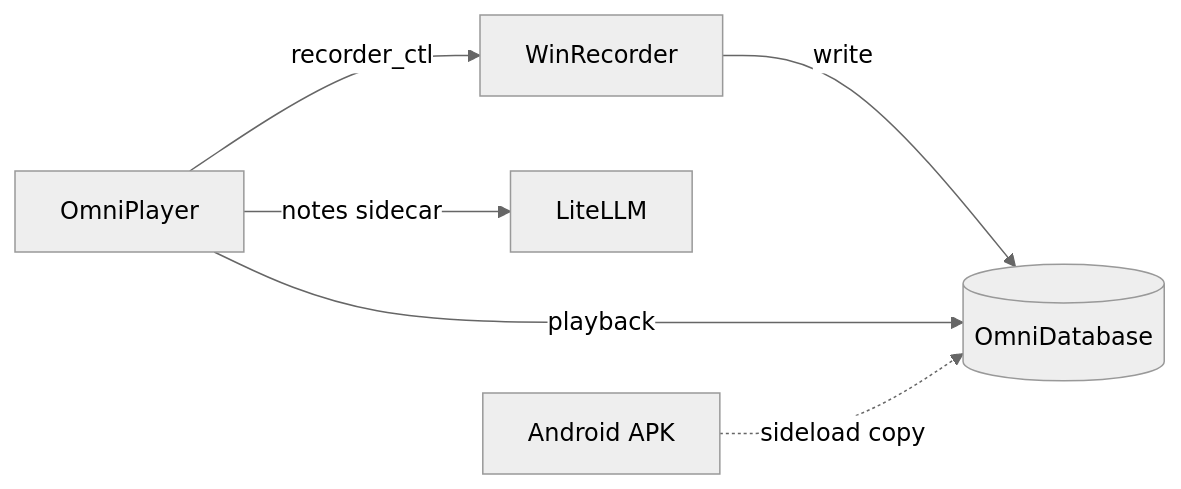
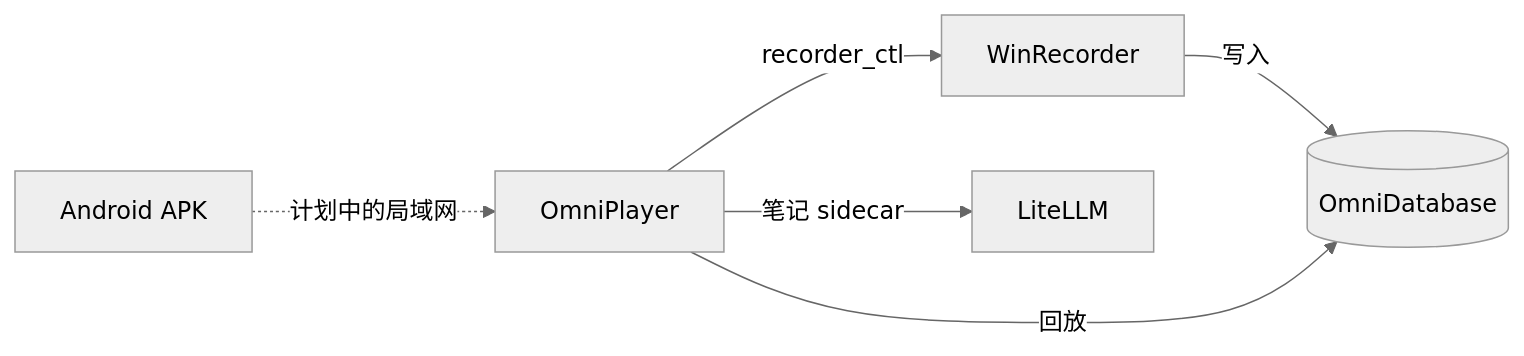
One commit to Fortda/liuhen changed the diagram in README.md. Above: the diagram before and after it, drawn with Mermaid (neutral theme). The commit also changed other lines of this file and 31 other files, not shown here.

````diff
--- a/README.md
+++ b/README.md
@@ -40,14 +62,14 @@
 ```mermaid
 flowchart LR
   OP[OmniPlayer]
   WR[WinRecorder]
   DB[(OmniDatabase)]
   LLM[LiteLLM]
   APK[Android APK]
 
   OP -->|recorder_ctl| WR
-  WR -->|write| DB
-  OP -->|playback| DB
-  OP -->|"notes sidecar"| LLM
-  APK -.->|"sideload copy"| DB
+  WR -->|写入| DB
+  OP -->|回放| DB
+  OP -->|"笔记 sidecar"| LLM
+  APK -.->|"计划中的局域网"| OP
 ```
````
